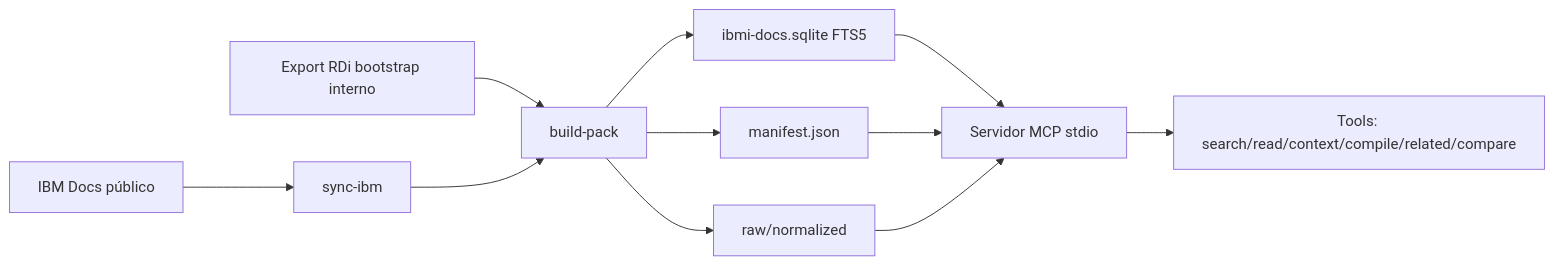
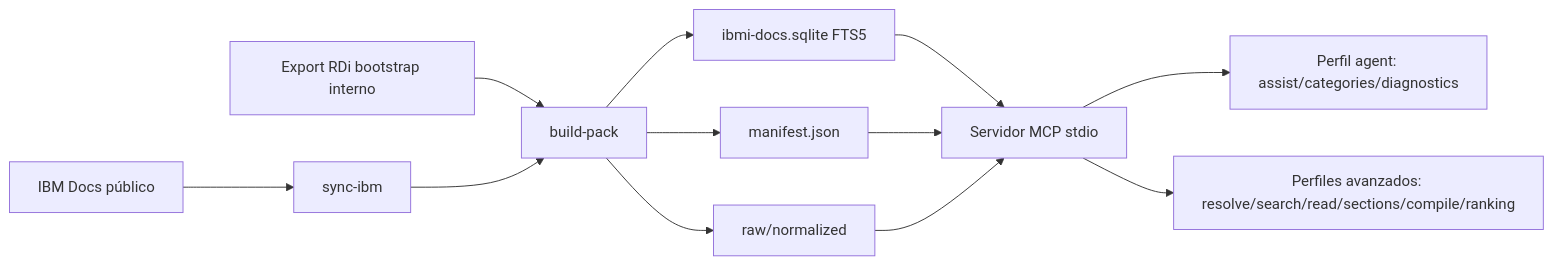
Before and after one commit to h0w4r/MCP-IBMiDocs: the diagram in docs/ARCHITECTURE.md, drawn with Mermaid. The commit also changed other lines of this file and 9 other files, not shown here.

Commit message:
feat: agrega perfil agent-first para tools MCP

````diff
--- a/docs/ARCHITECTURE.md
+++ b/docs/ARCHITECTURE.md
@@ -3,13 +3,14 @@
 ```mermaid
 flowchart LR
   A[IBM Docs público] --> B[sync-ibm]
   R[Export RDi bootstrap interno] --> P[build-pack]
   B --> P
   P --> M[manifest.json]
   P --> S[ibmi-docs.sqlite FTS5]
   P --> N[raw/normalized]
   S --> MCP[Servidor MCP stdio]
   M --> MCP
   N --> MCP
-  MCP --> T[Tools: search/read/context/compile/related/compare]
+  MCP --> P1[Perfil agent: assist/categories/diagnostics]
+  MCP --> P2[Perfiles avanzados: resolve/search/read/sections/compile/ranking]
 ```
````
